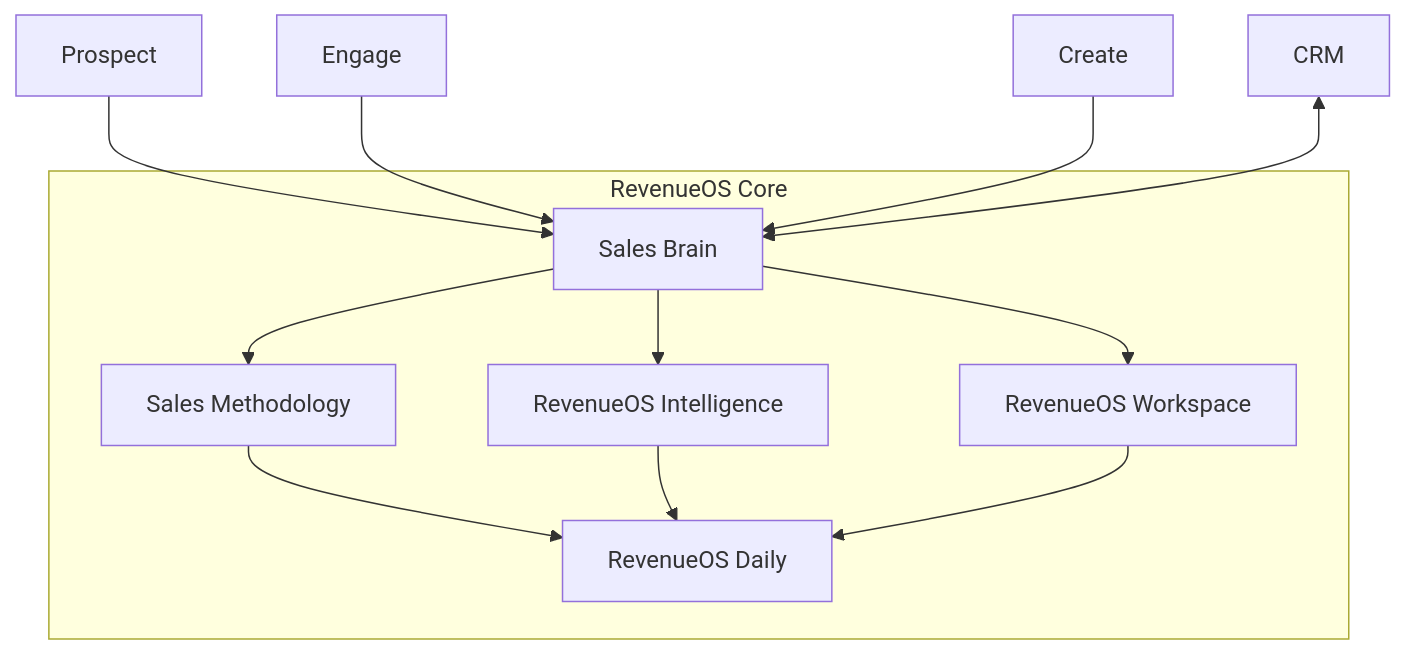
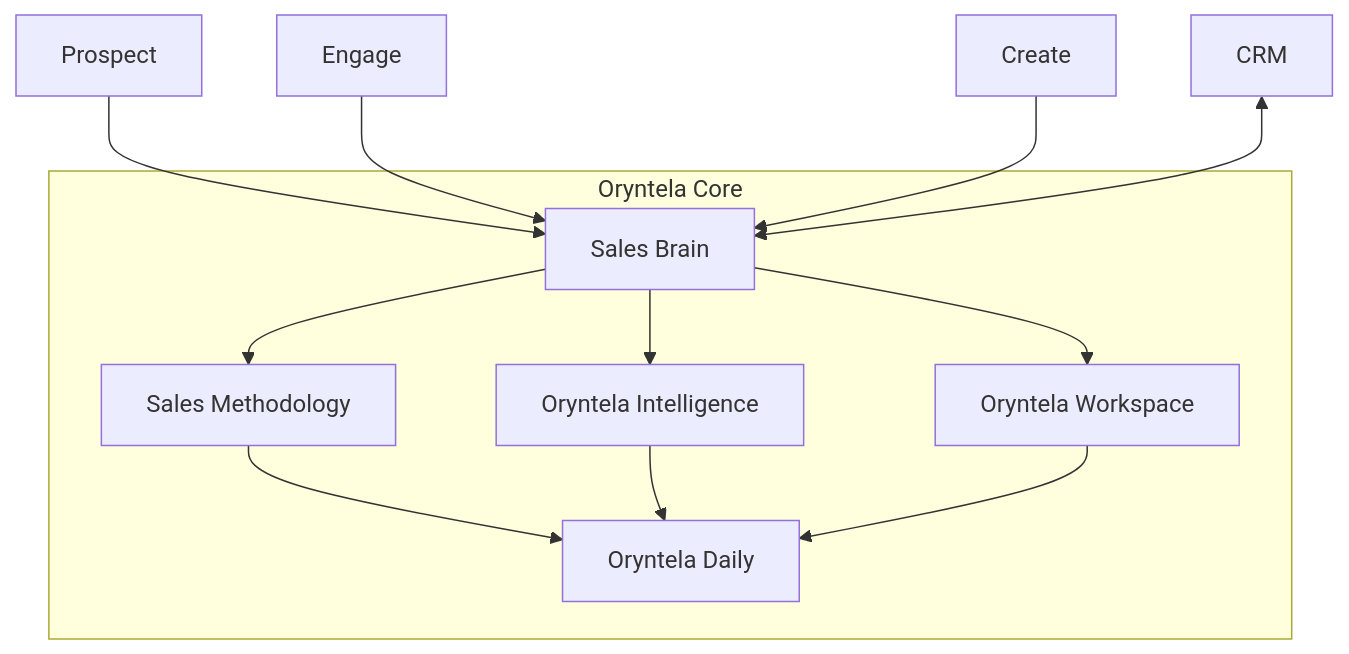
The second of 3 diagrams in docs/01-product/end-to-end-sales-platform-vision.md (KevinFinnerty2205/revenueos), drawn with Mermaid before and after one commit. The commit also changed other lines of this file and 400 other files, not shown here.

````diff
--- a/docs/01-product/end-to-end-sales-platform-vision.md
+++ b/docs/01-product/end-to-end-sales-platform-vision.md
@@ -51,20 +51,20 @@
 ```mermaid
 flowchart TB
-    subgraph Core["RevenueOS Core"]
+    subgraph Core["Oryntela Core"]
         SB["Sales Brain"]
         ME["Sales Methodology"]
-        RI["RevenueOS Intelligence"]
-        WS["RevenueOS Workspace"]
-        RD["RevenueOS Daily"]
+        RI["Oryntela Intelligence"]
+        WS["Oryntela Workspace"]
+        RD["Oryntela Daily"]
     end
     P["Prospect"] --> SB
     E["Engage"] --> SB
     C["Create"] --> SB
     CRM["CRM"] <--> SB
     SB --> ME
     SB --> RI
     SB --> WS
     ME --> RD
     RI --> RD
     WS --> RD
 ```
````
